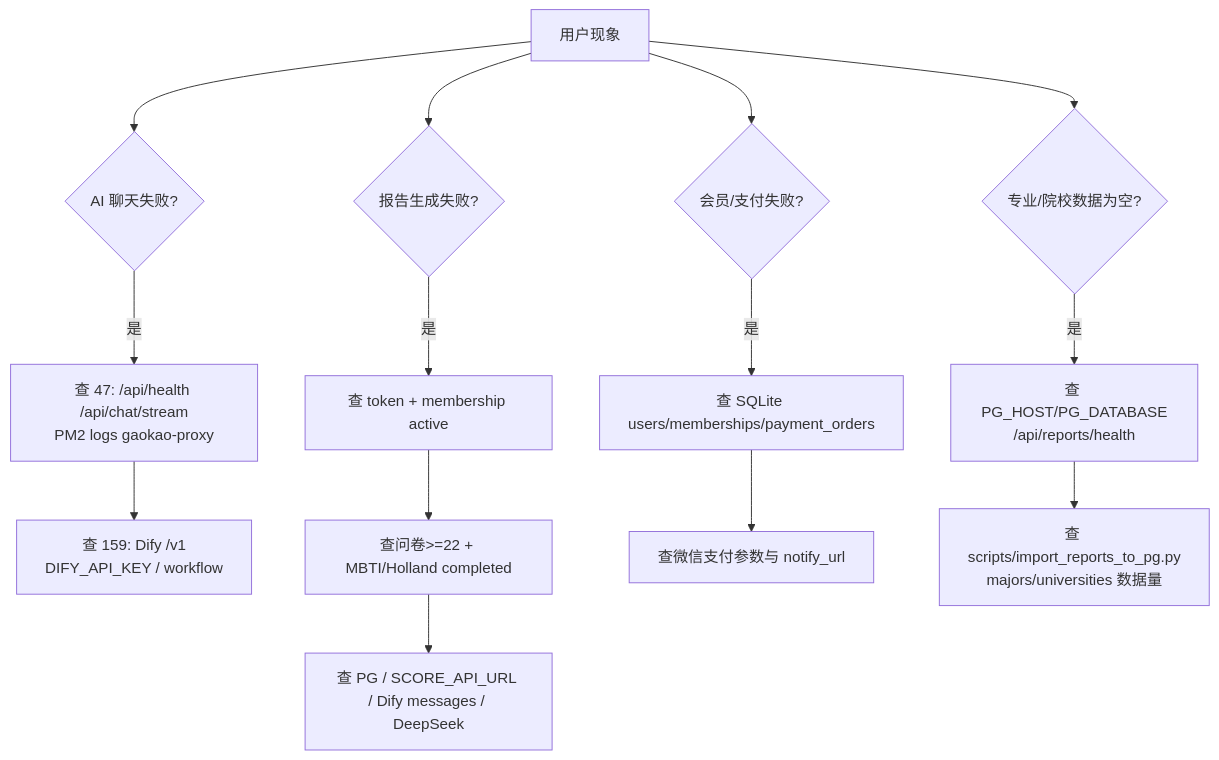
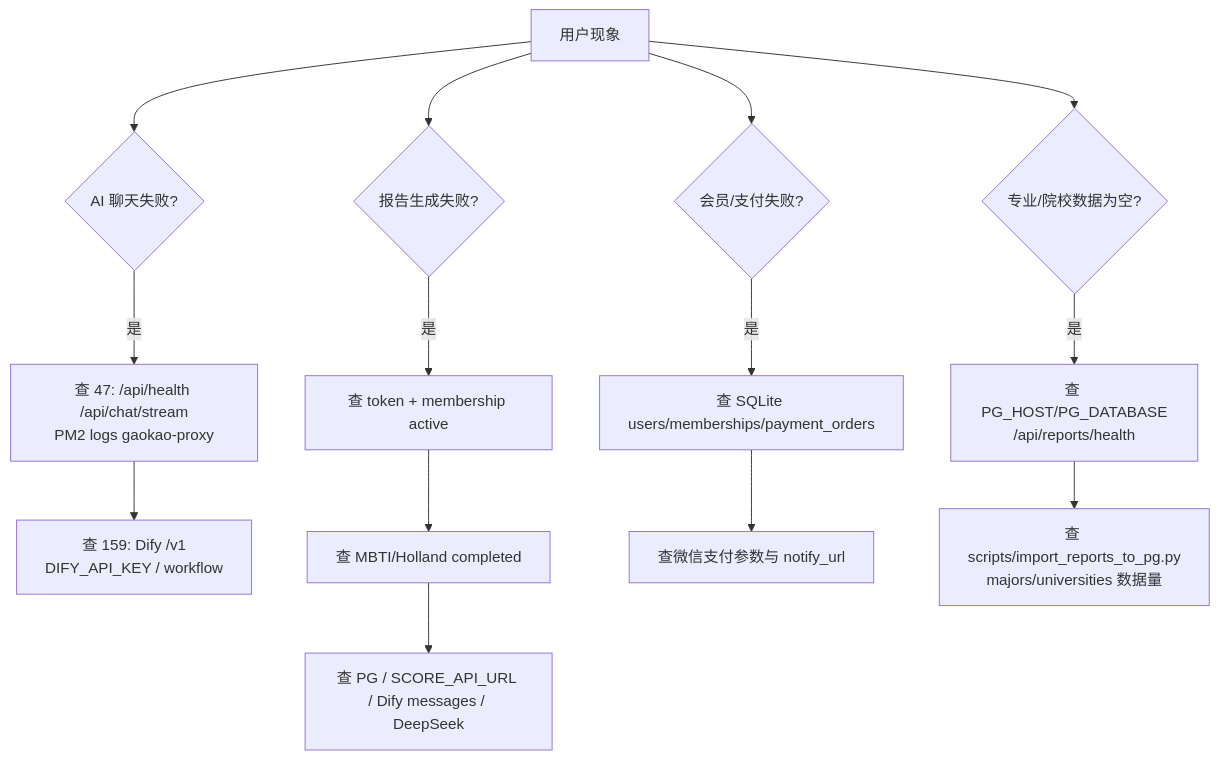
One commit to hrj-11055/gaokao-zhiyuan-agents changed the tenth of 10 diagrams in docs/miniprogram-call-chain-visual.md. Above: the diagram before and after it, drawn with Mermaid. The commit also changed other lines of this file and 112 other files, not shown here.

Commit message:
feat: improve VIP report flows

````diff
--- a/docs/miniprogram-call-chain-visual.md
+++ b/docs/miniprogram-call-chain-visual.md
@@ -413,20 +418,20 @@
 ```mermaid
 flowchart TD
   Symptom["用户现象"] --> ChatFail{"AI 聊天失败?"}
   Symptom --> ReportFail{"报告生成失败?"}
   Symptom --> PayFail{"会员/支付失败?"}
   Symptom --> DataFail{"专业/院校数据为空?"}
 
   ChatFail -->|"是"| Check47Chat["查 47: /api/health /api/chat/stream\nPM2 logs gaokao-proxy"]
   Check47Chat --> CheckDify["查 159: Dify /v1\nDIFY_API_KEY / workflow"]
 
   ReportFail -->|"是"| CheckMember["查 token + membership active"]
-  CheckMember --> CheckAssess["查问卷>=22 + MBTI/Holland completed"]
+  CheckMember --> CheckAssess["查 MBTI/Holland completed"]
   CheckAssess --> CheckReportDeps["查 PG / SCORE_API_URL / Dify messages / DeepSeek"]
 
   PayFail -->|"是"| CheckSQLite["查 SQLite users/memberships/payment_orders"]
   CheckSQLite --> CheckWxPay["查微信支付参数与 notify_url"]
 
   DataFail -->|"是"| CheckPg["查 PG_HOST/PG_DATABASE\n/api/reports/health"]
   CheckPg --> CheckImport["查 scripts/import_reports_to_pg.py\nmajors/universities 数据量"]
 ```
````
